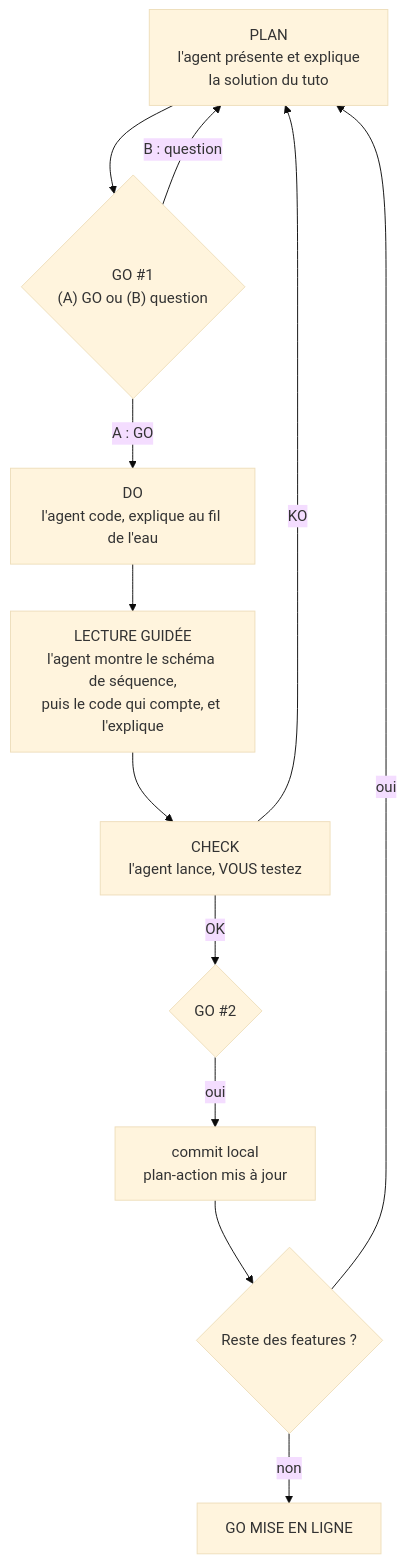
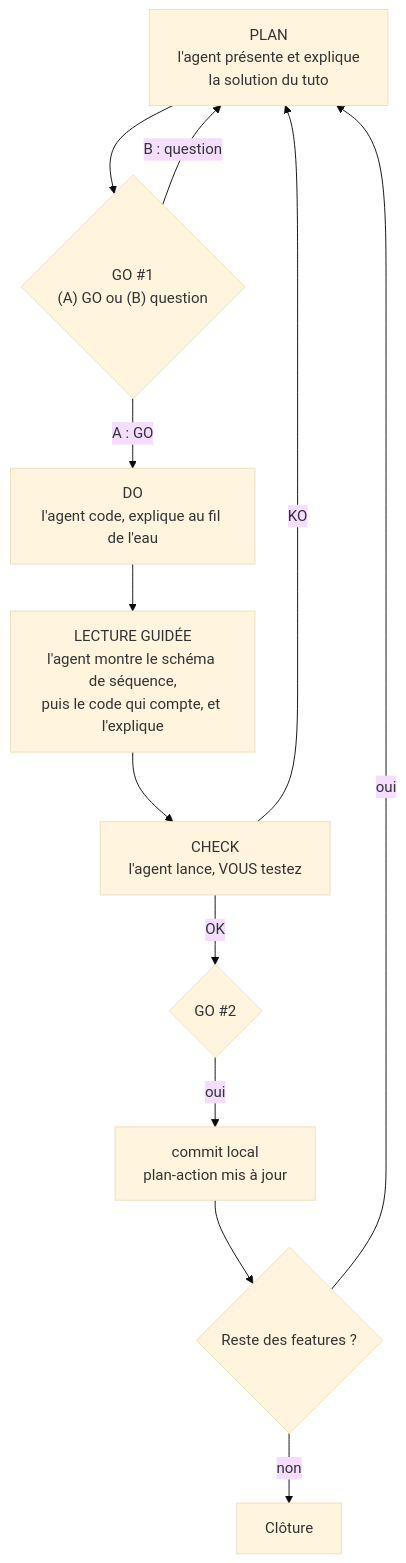
The ninth of 38 diagrams in tuto-goodvibe-vibecoding.md (lecinquiemejour-code/goodvibe-tuto), drawn with Mermaid (base theme) before and after one commit. The commit also changed other lines of this file and 1 other file, not shown here.

Commit message:
GO MISE EN LIGNE et dépôt GitHub au début de la fiche 13, deux clés distinctes, fiche 14 recentrée sur le CI/CD

````diff
--- a/tuto-goodvibe-vibecoding.md
+++ b/tuto-goodvibe-vibecoding.md
@@ -415,14 +415,14 @@
 ```mermaid
 flowchart TD
     P["PLAN<br/>l'agent présente et explique<br/>la solution du tuto"] --> G1{"GO #1<br/>(A) GO ou (B) question"}
     G1 -- "B : question" --> P
     G1 -- "A : GO" --> DO["DO<br/>l'agent code, explique au fil de l'eau"]
     DO --> LG["LECTURE GUIDÉE<br/>l'agent montre le schéma de séquence,<br/>puis le code qui compte, et l'explique"]
     LG --> CK["CHECK<br/>l'agent lance, VOUS testez"]
     CK -- "KO" --> P
     CK -- "OK" --> G2{"GO #2"}
     G2 -- "oui" --> CM["commit local<br/>plan-action mis à jour"]
     CM --> N{"Reste des features ?"}
     N -- "oui" --> P
-    N -- "non" --> ML["GO MISE EN LIGNE"]
+    N -- "non" --> ML["Clôture"]
 ```
````
